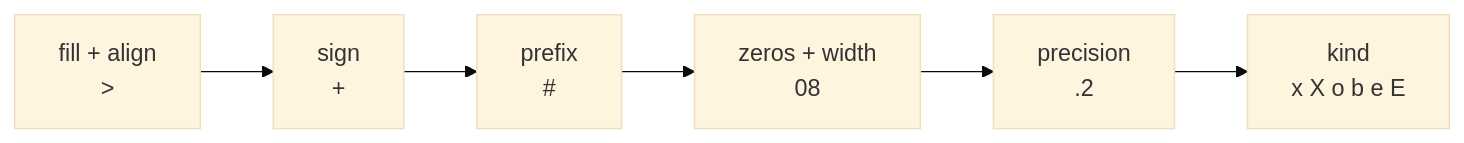
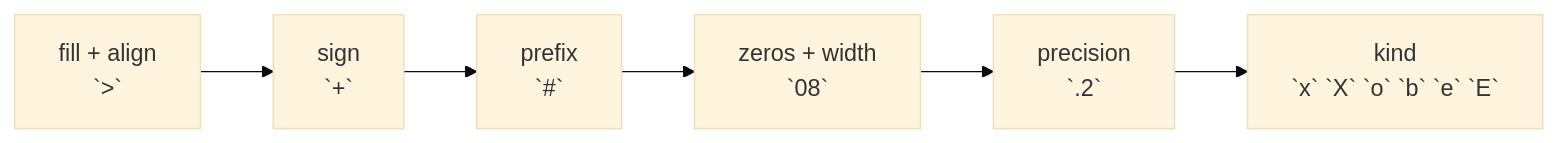
Before and after one commit to rux-lang/Web: the diagram in content/docs/1.learn/14.text/10.format-number.md, drawn with Mermaid (base theme). The commit also changed 187 other files, not shown here.

First line of the commit message:
Draw the Learn diagrams for phones, with code in the mono face

````diff
--- a/content/docs/1.learn/14.text/10.format-number.md
+++ b/content/docs/1.learn/14.text/10.format-number.md
@@ -38,4 +38,4 @@
 ```mermaid
 flowchart LR
-    a["fill + align<br/>&gt;"] --> s["sign<br/>+"] --> h["prefix<br/>#"] --> z["zeros + width<br/>08"] --> p["precision<br/>.2"] --> k["kind<br/>x X o b e E"]
+    a["fill + align<br/>`&gt;`"] --> s["sign<br/>`+`"] --> h["prefix<br/>`#`"] --> z["zeros + width<br/>`08`"] --> p["precision<br/>`.2`"] --> k["kind<br/>`x` `X` `o` `b` `e` `E`"]
 ```
````
